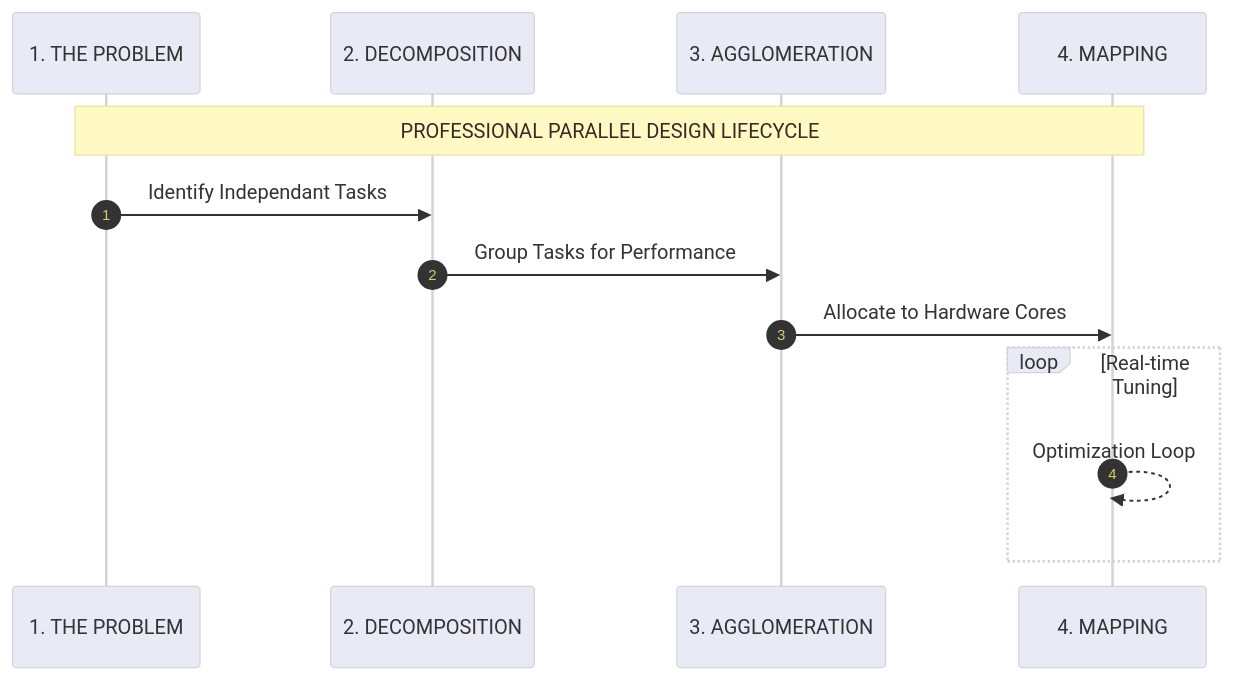
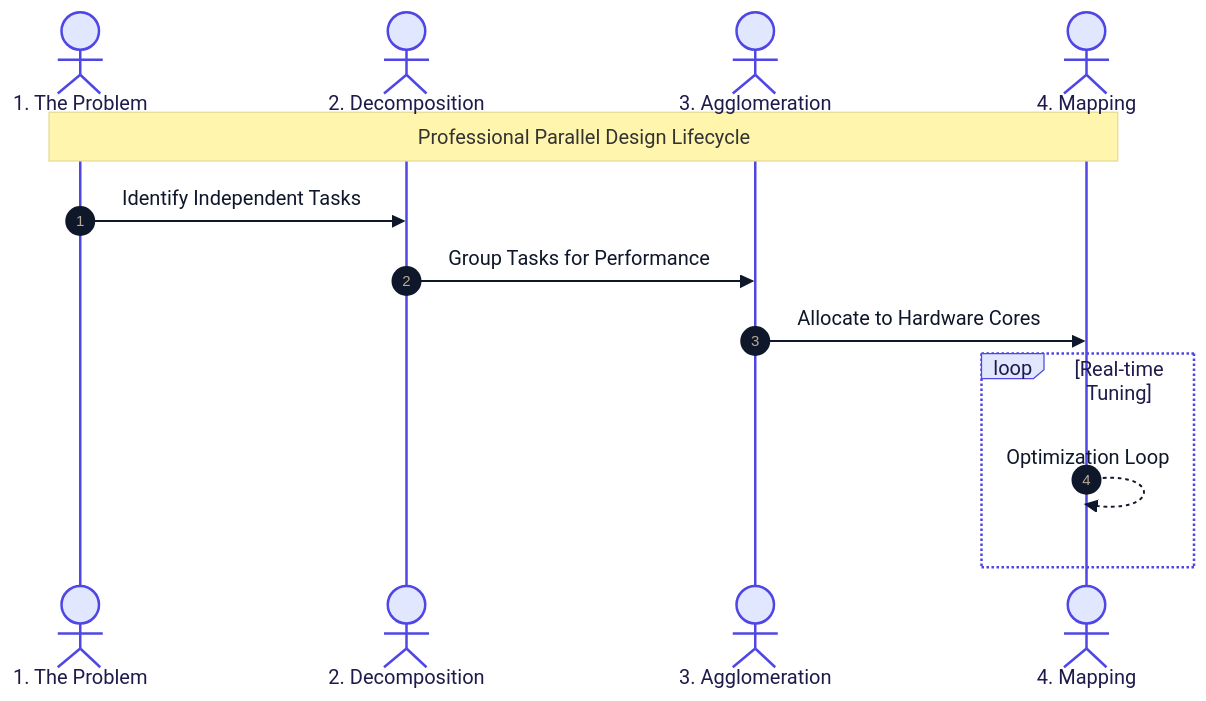
Before and after one commit to RameenAnwar/PDC-SP26-SE: the fifth of 8 diagrams in SyedMuhammadHuzaifaAshrafi-(23FA-035-SE)/Chapter01/README.md, drawn with Mermaid. The commit also changed other lines of this file and 5 other files, not shown here.

````diff
--- a/SyedMuhammadHuzaifaAshrafi-(23FA-035-SE)/Chapter01/README.md
+++ b/SyedMuhammadHuzaifaAshrafi-(23FA-035-SE)/Chapter01/README.md
@@ -286,19 +291,19 @@
 ```mermaid
-%%{init: {'theme': 'base', 'themeVariables': { 'lineColor': '#283593', 'primaryColor': '#E8EAF6', 'noteBkgColor': '#FFF9C4', 'noteTextColor': '#3E2723' }}}%%
+%%{init: {'theme': 'base', 'themeVariables': { 'lineColor': '#475569', 'primaryColor': '#f8fafc', 'primaryTextColor': '#0f172a', 'primaryBorderColor': '#cbd5e1', 'actorBorder': '#4f46e5', 'actorBkg': '#e0e7ff', 'actorTextColor': '#1e1b4b' }}}%%
 sequenceDiagram
     autonumber
-    participant Problem as 1. THE PROBLEM
-    participant Decomp as 2. DECOMPOSITION
-    participant Agglom as 3. AGGLOMERATION
-    participant Map as 4. MAPPING
+    actor Problem as 1. The Problem
+    actor Decomp as 2. Decomposition
+    actor Agglom as 3. Agglomeration
+    actor Map as 4. Mapping
     
-    Note over Problem,Map: PROFESSIONAL PARALLEL DESIGN LIFECYCLE
+    Note over Problem,Map: Professional Parallel Design Lifecycle
     
-    Problem->>Decomp: Identify Independant Tasks
+    Problem->>Decomp: Identify Independent Tasks
     Decomp->>Agglom: Group Tasks for Performance
     Agglom->>Map: Allocate to Hardware Cores
     
     loop Real-time Tuning
         Map-->>Map: Optimization Loop
     end
 ```
````
